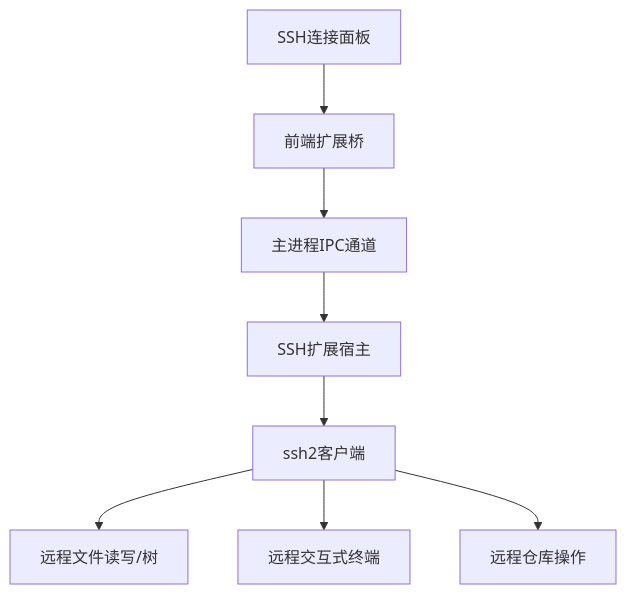
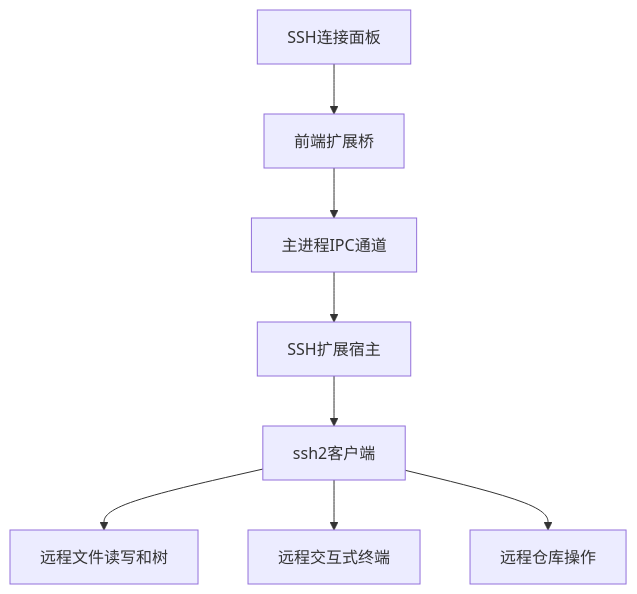
One commit to chongyin10/ideaCode changed the seventh of 8 diagrams in README.md. Above: the diagram before and after it, drawn with Mermaid. The commit also changed other lines of this file, not shown here.

````diff
--- a/README.md
+++ b/README.md
@@ -252,10 +269,10 @@
 ```mermaid
 flowchart TB
     UI[SSH连接面板] --> Bridge[前端扩展桥]
     Bridge --> IPC[主进程IPC通道]
     IPC --> Host[SSH扩展宿主]
     Host --> SSH2[ssh2客户端]
-    SSH2 --> FS[远程文件读写/树]
+    SSH2 --> FS[远程文件读写和树]
     SSH2 --> Terminal[远程交互式终端]
     SSH2 --> Git[远程仓库操作]
 ```
````
